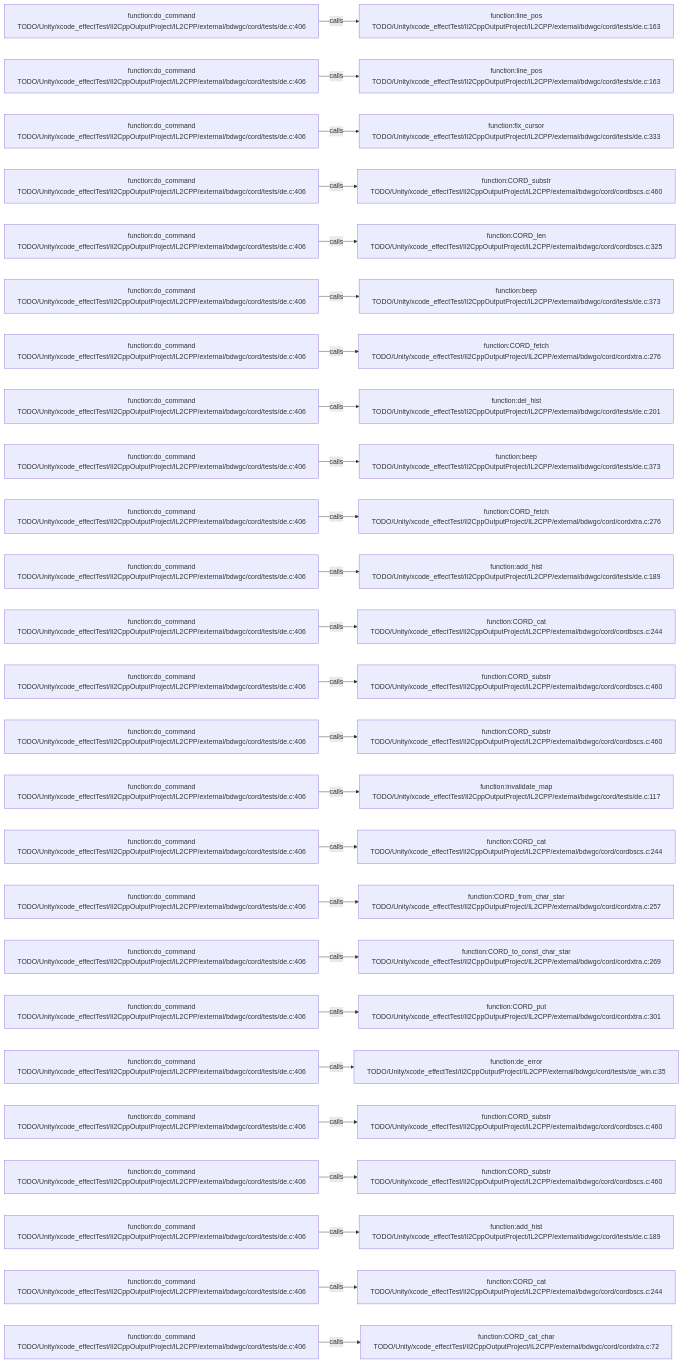
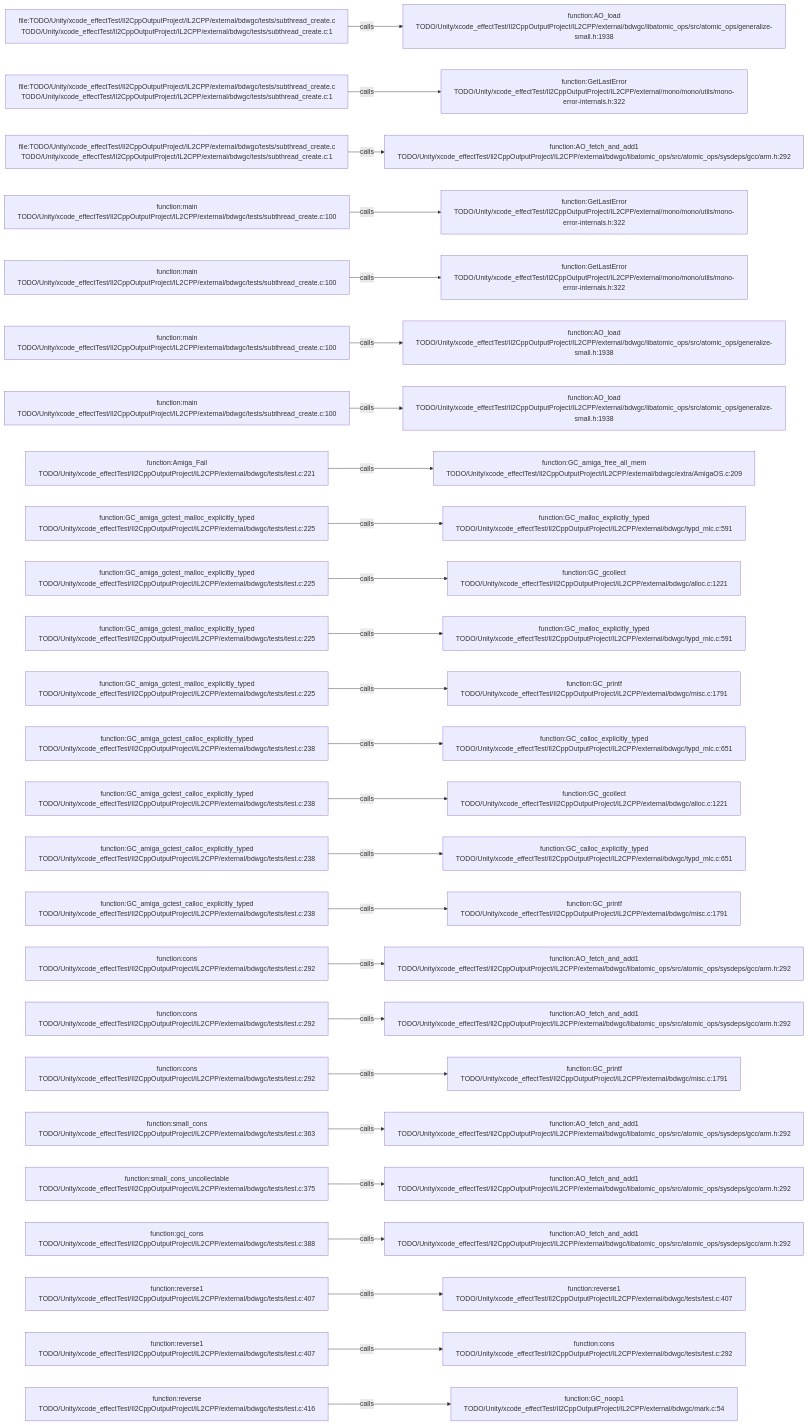
The diagram in .codegraph/codegraph.md/graphs/calls-161.md (JobsKits/JobsSwiftBaseConfigDemo), drawn with Mermaid before and after one commit. The commit also changed 227 other files, not shown here.

````diff
--- a/.codegraph/codegraph.md/graphs/calls-161.md
+++ b/.codegraph/codegraph.md/graphs/calls-161.md
@@ -13,78 +13,78 @@
 ```mermaid
 flowchart LR
-  S1["function:do_command<br/>TODO/Unity/xcode_effectTest/Il2CppOutputProject/IL2CPP/external/bdwgc/cord/tests/de.c:406"]
-  T1["function:line_pos<br/>TODO/Unity/xcode_effectTest/Il2CppOutputProject/IL2CPP/external/bdwgc/cord/tests/de.c:163"]
+  S1["file:TODO/Unity/xcode_effectTest/Il2CppOutputProject/IL2CPP/external/bdwgc/tests/subthread_create.c<br/>TODO/Unity/xcode_effectTest/Il2CppOutputProject/IL2CPP/external/bdwgc/tests/subthread_create.c:1"]
+  T1["function:AO_load<br/>TODO/Unity/xcode_effectTest/Il2CppOutputProject/IL2CPP/external/bdwgc/libatomic_ops/src/atomic_ops/generalize-small.h:1938"]
   S1 -->|calls| T1
-  S2["function:do_command<br/>TODO/Unity/xcode_effectTest/Il2CppOutputProject/IL2CPP/external/bdwgc/cord/tests/de.c:406"]
-  T2["function:line_pos<br/>TODO/Unity/xcode_effectTest/Il2CppOutputProject/IL2CPP/external/bdwgc/cord/tests/de.c:163"]
+  S2["file:TODO/Unity/xcode_effectTest/Il2CppOutputProject/IL2CPP/external/bdwgc/tests/subthread_create.c<br/>TODO/Unity/xcode_effectTest/Il2CppOutputProject/IL2CPP/external/bdwgc/tests/subthread_create.c:1"]
+  T2["function:GetLastError<br/>TODO/Unity/xcode_effectTest/Il2CppOutputProject/IL2CPP/external/mono/mono/utils/mono-error-internals.h:322"]
   S2 -->|calls| T2
-  S3["function:do_command<br/>TODO/Unity/xcode_effectTest/Il2CppOutputProject/IL2CPP/external/bdwgc/cord/tests/de.c:406"]
-  T3["function:fix_cursor<br/>TODO/Unity/xcode_effectTest/Il2CppOutputProject/IL2CPP/external/bdwgc/cord/tests/de.c:333"]
+  S3["file:TODO/Unity/xcode_effectTest/Il2CppOutputProject/IL2CPP/external/bdwgc/tests/subthread_create.c<br/>TODO/Unity/xcode_effectTest/Il2CppOutputProject/IL2CPP/external/bdwgc/tests/subthread_create.c:1"]
+  T3["function:AO_fetch_and_add1<br/>TODO/Unity/xcode_effectTest/Il2CppOutputProject/IL2CPP/external/bdwgc/libatomic_ops/src/atomic_ops/sysdeps/gcc/arm.h:292"]
   S3 -->|calls| T3
-  S4["function:do_command<br/>TODO/Unity/xcode_effectTest/Il2CppOutputProject/IL2CPP/external/bdwgc/cord/tests/de.c:406"]
-  T4["function:CORD_substr<br/>TODO/Unity/xcode_effectTest/Il2CppOutputProject/IL2CPP/external/bdwgc/cord/cordbscs.c:460"]
+  S4["function:main<br/>TODO/Unity/xcode_effectTest/Il2CppOutputProject/IL2CPP/external/bdwgc/tests/subthread_create.c:100"]
+  T4["function:GetLastError<br/>TODO/Unity/xcode_effectTest/Il2CppOutputProject/IL2CPP/external/mono/mono/utils/mono-error-internals.h:322"]
   S4 -->|calls| T4
-  S5["function:do_command<br/>TODO/Unity/xcode_effectTest/Il2CppOutputProject/IL2CPP/external/bdwgc/cord/tests/de.c:406"]
-  T5["function:CORD_len<br/>TODO/Unity/xcode_effectTest/Il2CppOutputProject/IL2CPP/external/bdwgc/cord/cordbscs.c:325"]
+  S5["function:main<br/>TODO/Unity/xcode_effectTest/Il2CppOutputProject/IL2CPP/external/bdwgc/tests/subthread_create.c:100"]
+  T5["function:GetLastError<br/>TODO/Unity/xcode_effectTest/Il2CppOutputProject/IL2CPP/external/mono/mono/utils/mono-error-internals.h:322"]
   S5 -->|calls| T5
-  S6["function:do_command<br/>TODO/Unity/xcode_effectTest/Il2CppOutputProject/IL2CPP/external/bdwgc/cord/tests/de.c:406"]
-  T6["function:beep<br/>TODO/Unity/xcode_effectTest/Il2CppOutputProject/IL2CPP/external/bdwgc/cord/tests/de.c:373"]
+  S6["function:main<br/>TODO/Unity/xcode_effectTest/Il2CppOutputProject/IL2CPP/external/bdwgc/tests/subthread_create.c:100"]
+  T6["function:AO_load<br/>TODO/Unity/xcode_effectTest/Il2CppOutputProject/IL2CPP/external/bdwgc/libatomic_ops/src/atomic_ops/generalize-small.h:1938"]
   S6 -->|calls| T6
-  S7["function:do_command<br/>TODO/Unity/xcode_effectTest/Il2CppOutputProject/IL2CPP/external/bdwgc/cord/tests/de.c:406"]
-  T7["function:CORD_fetch<br/>TODO/Unity/xcode_effectTest/Il2CppOutputProject/IL2CPP/external/bdwgc/cord/cordxtra.c:276"]
+  S7["function:main<br/>TODO/Unity/xcode_effectTest/Il2CppOutputProject/IL2CPP/external/bdwgc/tests/subthread_create.c:100"]
+  T7["function:AO_load<br/>TODO/Unity/xcode_effectTest/Il2CppOutputProject/IL2CPP/external/bdwgc/libatomic_ops/src/atomic_ops/generalize-small.h:1938"]
   S7 -->|calls| T7
-  S8["function:do_command<br/>TODO/Unity/xcode_effectTest/Il2CppOutputProject/IL2CPP/external/bdwgc/cord/tests/de.c:406"]
-  T8["function:del_hist<br/>TODO/Unity/xcode_effectTest/Il2CppOutputProject/IL2CPP/external/bdwgc/cord/tests/de.c:201"]
+  S8["function:Amiga_Fail<br/>TODO/Unity/xcode_effectTest/Il2CppOutputProject/IL2CPP/external/bdwgc/tests/test.c:221"]
+  T8["function:GC_amiga_free_all_mem<br/>TODO/Unity/xcode_effectTest/Il2CppOutputProject/IL2CPP/external/bdwgc/extra/AmigaOS.c:209"]
   S8 -->|calls| T8
-  S9["function:do_command<br/>TODO/Unity/xcode_effectTest/Il2CppOutputProject/IL2CPP/external/bdwgc/cord/tests/de.c:406"]
-  T9["function:beep<br/>TODO/Unity/xcode_effectTest/Il2CppOutputProject/IL2CPP/external/bdwgc/cord/tests/de.c:373"]
+  S9["function:GC_amiga_gctest_malloc_explicitly_typed<br/>TODO/Unity/xcode_effectTest/Il2CppOutputProject/IL2CPP/external/bdwgc/tests/test.c:225"]
+  T9["function:GC_malloc_explicitly_typed<br/>TODO/Unity/xcode_effectTest/Il2CppOutputProject/IL2CPP/external/bdwgc/typd_mlc.c:591"]
   S9 -->|calls| T9
-  S10["function:do_command<br/>TODO/Unity/xcode_effectTest/Il2CppOutputProject/IL2CPP/external/bdwgc/cord/tests/de.c:406"]
-  T10["function:CORD_fetch<br/>TODO/Unity/xcode_effectTest/Il2CppOutputProject/IL2CPP/external/bdwgc/cord/cordxtra.c:276"]
+  S10["function:GC_amiga_gctest_malloc_explicitly_typed<br/>TODO/Unity/xcode_effectTest/Il2CppOutputProject/IL2CPP/external/bdwgc/tests/test.c:225"]
+  T10["function:GC_gcollect<br/>TODO/Unity/xcode_effectTest/Il2CppOutputProject/IL2CPP/external/bdwgc/alloc.c:1221"]
   S10 -->|calls| T10
-  S11["function:do_command<br/>TODO/Unity/xcode_effectTest/Il2CppOutputProject/IL2CPP/external/bdwgc/cord/tests/de.c:406"]
-  T11["function:add_hist<br/>TODO/Unity/xcode_effectTest/Il2CppOutputProject/IL2CPP/external/bdwgc/cord/tests/de.c:189"]
+  S11["function:GC_amiga_gctest_malloc_explicitly_typed<br/>TODO/Unity/xcode_effectTest/Il2CppOutputProject/IL2CPP/external/bdwgc/tests/test.c:225"]
+  T11["function:GC_malloc_explicitly_typed<br/>TODO/Unity/xcode_effectTest/Il2CppOutputProject/IL2CPP/external/bdwgc/typd_mlc.c:591"]
   S11 -->|calls| T11
-  S12["function:do_command<br/>TODO/Unity/xcode_effectTest/Il2CppOutputProject/IL2CPP/external/bdwgc/cord/tests/de.c:406"]
-  T12["function:CORD_cat<br/>TODO/Unity/xcode_effectTest/Il2CppOutputProject/IL2CPP/external/bdwgc/cord/cordbscs.c:244"]
+  S12["function:GC_amiga_gctest_malloc_explicitly_typed<br/>TODO/Unity/xcode_effectTest/Il2CppOutputProject/IL2CPP/external/bdwgc/tests/test.c:225"]
+  T12["function:GC_printf<br/>TODO/Unity/xcode_effectTest/Il2CppOutputProject/IL2CPP/external/bdwgc/misc.c:1791"]
   S12 -->|calls| T12
-  S13["function:do_command<br/>TODO/Unity/xcode_effectTest/Il2CppOutputProject/IL2CPP/external/bdwgc/cord/tests/de.c:406"]
-  T13["function:CORD_substr<br/>TODO/Unity/xcode_effectTest/Il2CppOutputProject/IL2CPP/external/bdwgc/cord/cordbscs.c:460"]
+  S13["function:GC_amiga_gctest_calloc_explicitly_typed<br/>TODO/Unity/xcode_effectTest/Il2CppOutputProject/IL2CPP/external/bdwgc/tests/test.c:238"]
+  T13["function:GC_calloc_explicitly_typed<br/>TODO/Unity/xcode_effectTest/Il2CppOutputProject/IL2CPP/external/bdwgc/typd_mlc.c:651"]
   S13 -->|calls| T13
-  S14["function:do_command<br/>TODO/Unity/xcode_effectTest/Il2CppOutputProject/IL2CPP/external/bdwgc/cord/tests/de.c:406"]
-  T14["function:CORD_substr<br/>TODO/Unity/xcode_effectTest/Il2CppOutputProject/IL2CPP/external/bdwgc/cord/cordbscs.c:460"]
+  S14["function:GC_amiga_gctest_calloc_explicitly_typed<br/>TODO/Unity/xcode_effectTest/Il2CppOutputProject/IL2CPP/external/bdwgc/tests/test.c:238"]
+  T14["function:GC_gcollect<br/>TODO/Unity/xcode_effectTest/Il2CppOutputProject/IL2CPP/external/bdwgc/alloc.c:1221"]
   S14 -->|calls| T14
-  S15["function:do_command<br/>TODO/Unity/xcode_effectTest/Il2CppOutputProject/IL2CPP/external/bdwgc/cord/tests/de.c:406"]
-  T15["function:invalidate_map<br/>TODO/Unity/xcode_effectTest/Il2CppOutputProject/IL2CPP/external/bdwgc/cord/tests/de.c:117"]
+  S15["function:GC_amiga_gctest_calloc_explicitly_typed<br/>TODO/Unity/xcode_effectTest/Il2CppOutputProject/IL2CPP/external/bdwgc/tests/test.c:238"]
+  T15["function:GC_calloc_explicitly_typed<br/>TODO/Unity/xcode_effectTest/Il2CppOutputProject/IL2CPP/external/bdwgc/typd_mlc.c:651"]
   S15 -->|calls| T15
-  S16["function:do_command<br/>TODO/Unity/xcode_effectTest/Il2CppOutputProject/IL2CPP/external/bdwgc/cord/tests/de.c:406"]
-  T16["function:CORD_cat<br/>TODO/Unity/xcode_effectTest/Il2CppOutputProject/IL2CPP/external/bdwgc/cord/cordbscs.c:244"]
+  S16["function:GC_amiga_gctest_calloc_explicitly_typed<br/>TODO/Unity/xcode_effectTest/Il2CppOutputProject/IL2CPP/external/bdwgc/tests/test.c:238"]
+  T16["function:GC_printf<br/>TODO/Unity/xcode_effectTest/Il2CppOutputProject/IL2CPP/external/bdwgc/misc.c:1791"]
   S16 -->|calls| T16
-  S17["function:do_command<br/>TODO/Unity/xcode_effectTest/Il2CppOutputProject/IL2CPP/external/bdwgc/cord/tests/de.c:406"]
-  T17["function:CORD_from_char_star<br/>TODO/Unity/xcode_effectTest/Il2CppOutputProject/IL2CPP/external/bdwgc/cord/cordxtra.c:257"]
+  S17["function:cons<br/>TODO/Unity/xcode_effectTest/Il2CppOutputProject/IL2CPP/external/bdwgc/tests/test.c:292"]
+  T17["function:AO_fetch_and_add1<br/>TODO/Unity/xcode_effectTest/Il2CppOutputProject/IL2CPP/external/bdwgc/libatomic_ops/src/atomic_ops/sysdeps/gcc/arm.h:292"]
   S17 -->|calls| T17
-  S18["function:do_command<br/>TODO/Unity/xcode_effectTest/Il2CppOutputProject/IL2CPP/external/bdwgc/cord/tests/de.c:406"]
-  T18["function:CORD_to_const_char_star<br/>TODO/Unity/xcode_effectTest/Il2CppOutputProject/IL2CPP/external/bdwgc/cord/cordxtra.c:269"]
+  S18["function:cons<br/>TODO/Unity/xcode_effectTest/Il2CppOutputProject/IL2CPP/external/bdwgc/tests/test.c:292"]
+  T18["function:AO_fetch_and_add1<br/>TODO/Unity/xcode_effectTest/Il2CppOutputProject/IL2CPP/external/bdwgc/libatomic_ops/src/atomic_ops/sysdeps/gcc/arm.h:292"]
   S18 -->|calls| T18
-  S19["function:do_command<br/>TODO/Unity/xcode_effectTest/Il2CppOutputProject/IL2CPP/external/bdwgc/cord/tests/de.c:406"]
-  T19["function:CORD_put<br/>TODO/Unity/xcode_effectTest/Il2CppOutputProject/IL2CPP/external/bdwgc/cord/cordxtra.c:301"]
+  S19["function:cons<br/>TODO/Unity/xcode_effectTest/Il2CppOutputProject/IL2CPP/external/bdwgc/tests/test.c:292"]
+  T19["function:GC_printf<br/>TODO/Unity/xcode_effectTest/Il2CppOutputProject/IL2CPP/external/bdwgc/misc.c:1791"]
   S19 -->|calls| T19
-  S20["function:do_command<br/>TODO/Unity/xcode_effectTest/Il2CppOutputProject/IL2CPP/external/bdwgc/cord/tests/de.c:406"]
-  T20["function:de_error<br/>TODO/Unity/xcode_effectTest/Il2CppOutputProject/IL2CPP/external/bdwgc/cord/tests/de_win.c:35"]
+  S20["function:small_cons<br/>TODO/Unity/xcode_effectTest/Il2CppOutputProject/IL2CPP/external/bdwgc/tests/test.c:363"]
+  T20["function:AO_fetch_and_add1<br/>TODO/Unity/xcode_effectTest/Il2CppOutputProject/IL2CPP/external/bdwgc/libatomic_ops/src/atomic_ops/sysdeps/gcc/arm.h:292"]
   S20 -->|calls| T20
-  S21["function:do_command<br/>TODO/Unity/xcode_effectTest/Il2CppOutputProject/IL2CPP/external/bdwgc/cord/tests/de.c:406"]
-  T21["function:CORD_substr<br/>TODO/Unity/xcode_effectTest/Il2CppOutputProject/IL2CPP/external/bdwgc/cord/cordbscs.c:460"]
+  S21["function:small_cons_uncollectable<br/>TODO/Unity/xcode_effectTest/Il2CppOutputProject/IL2CPP/external/bdwgc/tests/test.c:375"]
+  T21["function:AO_fetch_and_add1<br/>TODO/Unity/xcode_effectTest/Il2CppOutputProject/IL2CPP/external/bdwgc/libatomic_ops/src/atomic_ops/sysdeps/gcc/arm.h:292"]
   S21 -->|calls| T21
-  S22["function:do_command<br/>TODO/Unity/xcode_effectTest/Il2CppOutputProject/IL2CPP/external/bdwgc/cord/tests/de.c:406"]
-  T22["function:CORD_substr<br/>TODO/Unity/xcode_effectTest/Il2CppOutputProject/IL2CPP/external/bdwgc/cord/cordbscs.c:460"]
+  S22["function:gcj_cons<br/>TODO/Unity/xcode_effectTest/Il2CppOutputProject/IL2CPP/external/bdwgc/tests/test.c:388"]
+  T22["function:AO_fetch_and_add1<br/>TODO/Unity/xcode_effectTest/Il2CppOutputProject/IL2CPP/external/bdwgc/libatomic_ops/src/atomic_ops/sysdeps/gcc/arm.h:292"]
   S22 -->|calls| T22
-  S23["function:do_command<br/>TODO/Unity/xcode_effectTest/Il2CppOutputProject/IL2CPP/external/bdwgc/cord/tests/de.c:406"]
-  T23["function:add_hist<br/>TODO/Unity/xcode_effectTest/Il2CppOutputProject/IL2CPP/external/bdwgc/cord/tests/de.c:189"]
+  S23["function:reverse1<br/>TODO/Unity/xcode_effectTest/Il2CppOutputProject/IL2CPP/external/bdwgc/tests/test.c:407"]
+  T23["function:reverse1<br/>TODO/Unity/xcode_effectTest/Il2CppOutputProject/IL2CPP/external/bdwgc/tests/test.c:407"]
   S23 -->|calls| T23
-  S24["function:do_command<br/>TODO/Unity/xcode_effectTest/Il2CppOutputProject/IL2CPP/external/bdwgc/cord/tests/de.c:406"]
-  T24["function:CORD_cat<br/>TODO/Unity/xcode_effectTest/Il2CppOutputProject/IL2CPP/external/bdwgc/cord/cordbscs.c:244"]
+  S24["function:reverse1<br/>TODO/Unity/xcode_effectTest/Il2CppOutputProject/IL2CPP/external/bdwgc/tests/test.c:407"]
+  T24["function:cons<br/>TODO/Unity/xcode_effectTest/Il2CppOutputProject/IL2CPP/external/bdwgc/tests/test.c:292"]
   S24 -->|calls| T24
-  S25["function:do_command<br/>TODO/Unity/xcode_effectTest/Il2CppOutputProject/IL2CPP/external/bdwgc/cord/tests/de.c:406"]
-  T25["function:CORD_cat_char<br/>TODO/Unity/xcode_effectTest/Il2CppOutputProject/IL2CPP/external/bdwgc/cord/cordxtra.c:72"]
+  S25["function:reverse<br/>TODO/Unity/xcode_effectTest/Il2CppOutputProject/IL2CPP/external/bdwgc/tests/test.c:416"]
+  T25["function:GC_noop1<br/>TODO/Unity/xcode_effectTest/Il2CppOutputProject/IL2CPP/external/bdwgc/mark.c:54"]
   S25 -->|calls| T25
 ```
````
